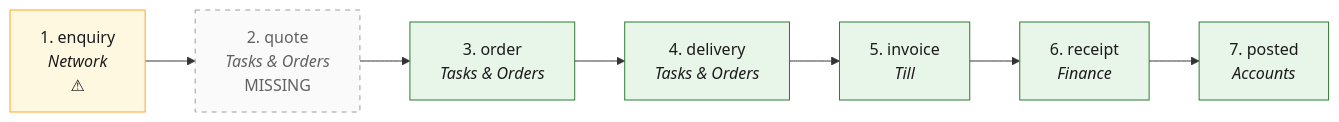
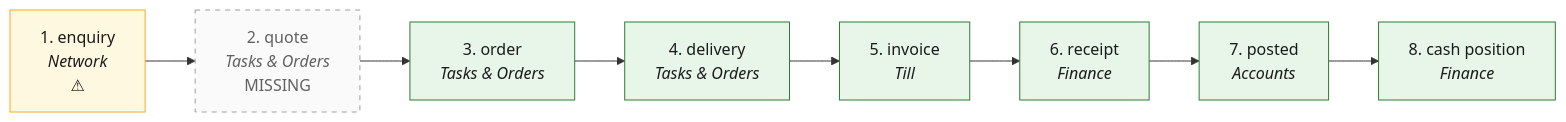
One commit to maharishia07/chitbridge-web changed the diagram in docs/process/O2C.md. Above: the diagram before and after it, drawn with Mermaid. The commit also changed other lines of this file and 10 other files, not shown here.

First line of the commit message:
finance: F3 — the Cash tab (7/30-day cash position, the shortfall sentence on top, every figure the server's)

````diff
--- a/docs/process/O2C.md
+++ b/docs/process/O2C.md
@@ -7,17 +7,18 @@
 ```mermaid
 flowchart LR
   S1["1. enquiry<br/><i>Network</i><br/>⚠"]
   S2["2. quote<br/><i>Tasks & Orders</i><br/>MISSING"]
   S3["3. order<br/><i>Tasks & Orders</i>"]
   S4["4. delivery<br/><i>Tasks & Orders</i>"]
   S5["5. invoice<br/><i>Till</i>"]
   S6["6. receipt<br/><i>Finance</i>"]
   S7["7. posted<br/><i>Accounts</i>"]
-  S1 --> S2 --> S3 --> S4 --> S5 --> S6 --> S7
+  S8["8. cash position<br/><i>Finance</i>"]
+  S1 --> S2 --> S3 --> S4 --> S5 --> S6 --> S7 --> S8
   classDef ok fill:#e8f5e9,stroke:#2e7d32,color:#1b1b1b
   classDef warn fill:#fff8e1,stroke:#f9a825,color:#1b1b1b
   classDef missing fill:#fafafa,stroke:#9e9e9e,stroke-dasharray:5 5,color:#616161
-  class S3,S4,S5,S6,S7 ok
+  class S3,S4,S5,S6,S7,S8 ok
   class S1 warn
   class S2 missing
 ```
````
